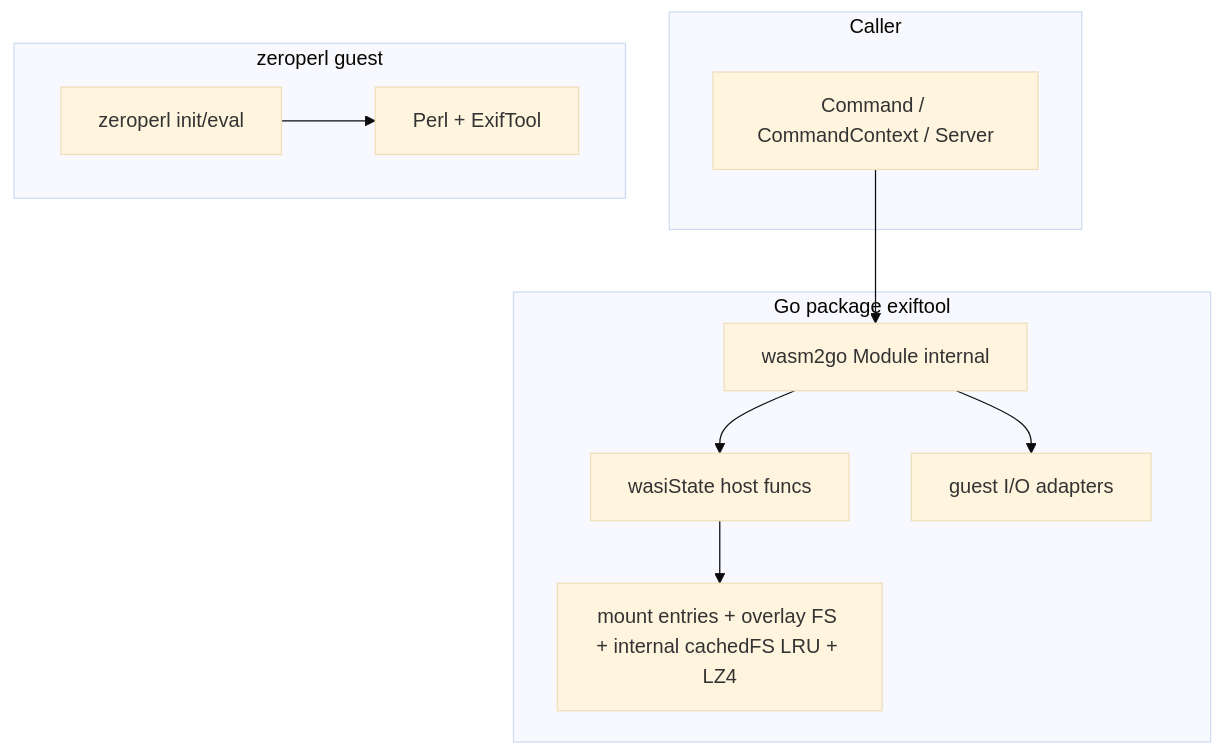
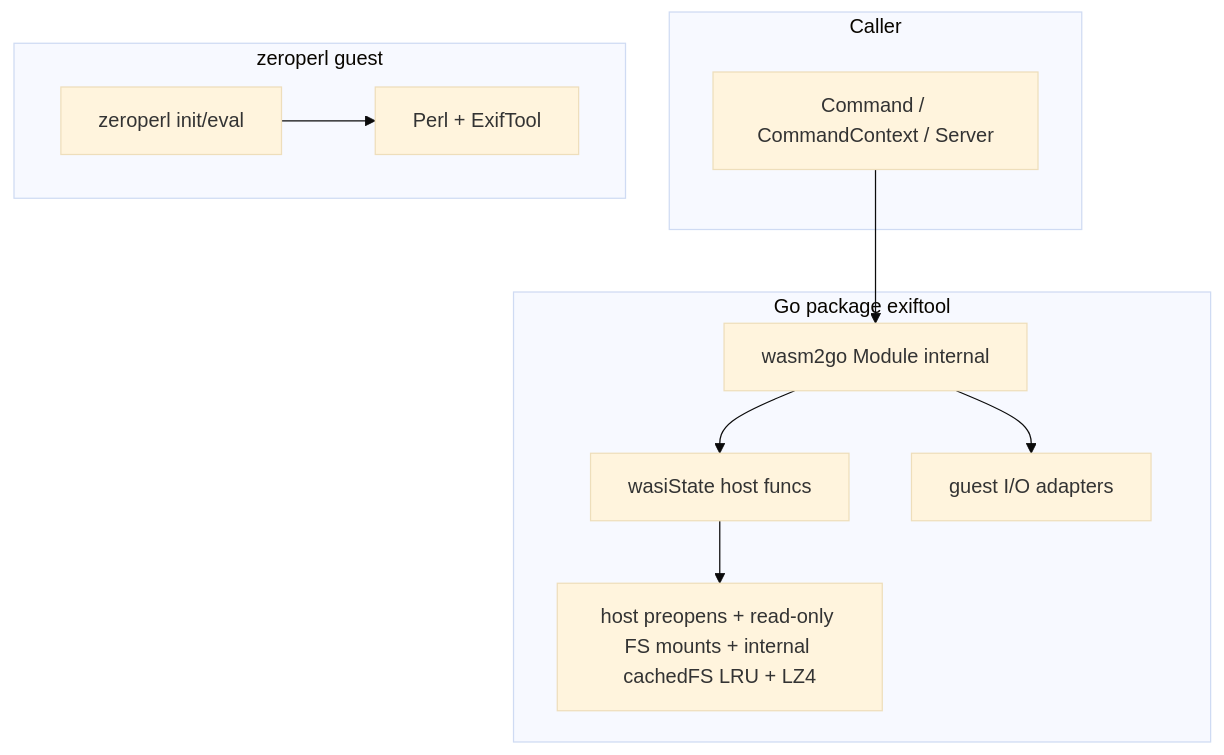
One commit to lbe/go-exiftool-wasm changed the diagram in ARCHITECTURE.md. Above: the diagram before and after it, drawn with Mermaid (base theme). The commit also changed other lines of this file and 22 other files, not shown here.

````diff
--- a/ARCHITECTURE.md
+++ b/ARCHITECTURE.md
@@ -19,22 +19,22 @@
 ```mermaid
 flowchart TB
   subgraph app [Caller]
     API[Command / CommandContext / Server]
   end
   subgraph host [Go package exiftool]
     MOD[wasm2go Module internal]
     WASI[wasiState host funcs]
     IO[guest I/O adapters]
-    FS[mount entries + overlay FS + internal cachedFS LRU + LZ4]
+    FS[host preopens + read-only FS mounts + internal cachedFS LRU + LZ4]
   end
   subgraph guest [zeroperl guest]
     ZP[zeroperl init/eval]
     PL[Perl + ExifTool]
   end
 
   API --> MOD
   MOD --> WASI
   MOD --> IO
   WASI --> FS
   ZP --> PL
 ```
````
